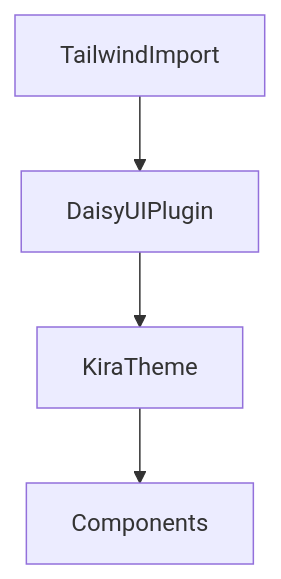
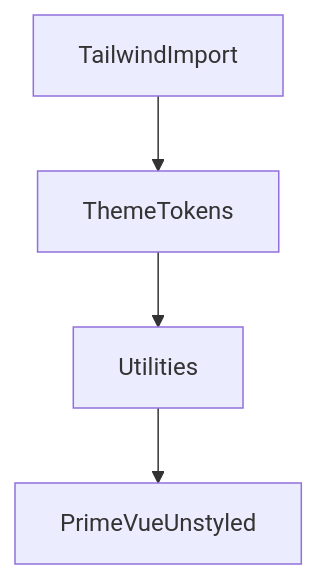
The diagram in codebase-docs/modules/styling.md (michaelnji/kira), drawn with Mermaid before and after one commit. The commit also changed other lines of this file and 16 other files, not shown here.

First line of the commit message:
feat: replace DaisyUI with PrimeVue and implement semantic theme tokens

````diff
--- a/codebase-docs/modules/styling.md
+++ b/codebase-docs/modules/styling.md
@@ -57,6 +73,6 @@
 ```mermaid
 flowchart TD
-  TailwindImport --> DaisyUIPlugin
-  DaisyUIPlugin --> KiraTheme
-  KiraTheme --> Components
+  TailwindImport --> ThemeTokens
+  ThemeTokens --> Utilities
+  Utilities --> PrimeVueUnstyled
 ```
````
